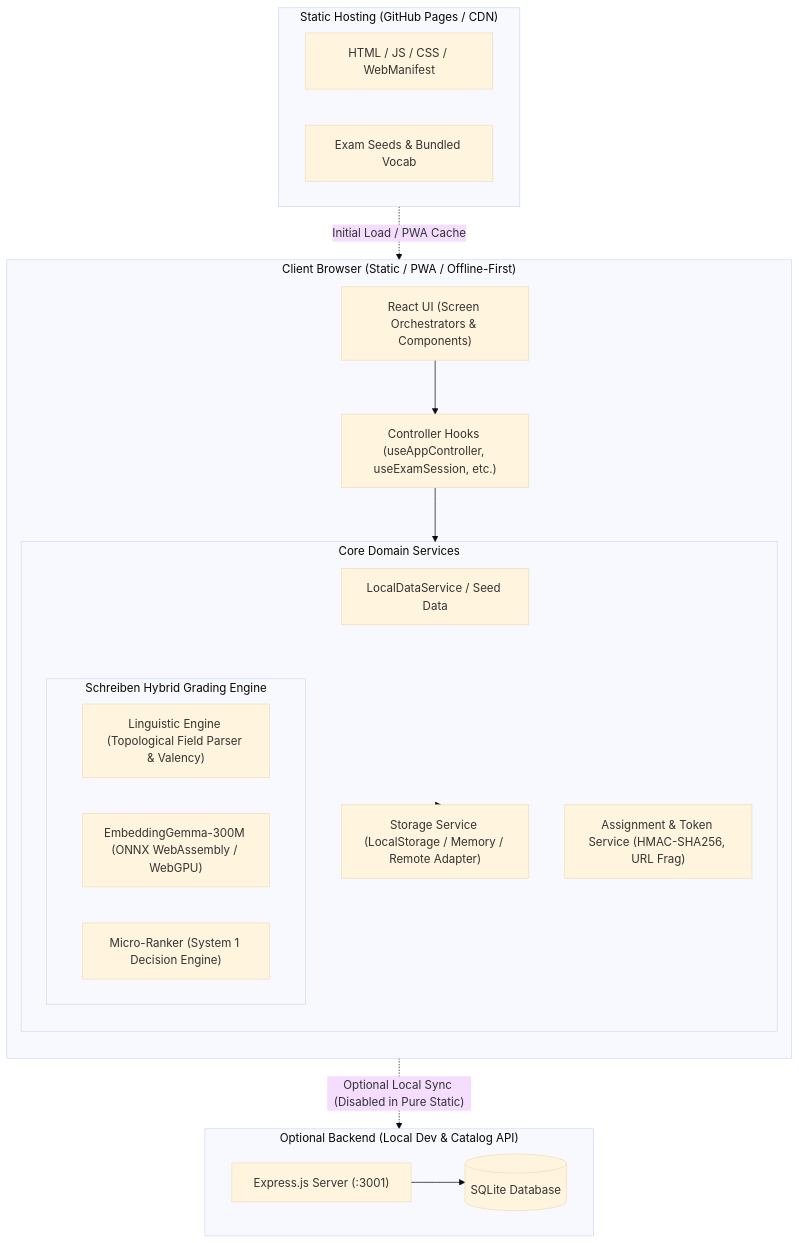
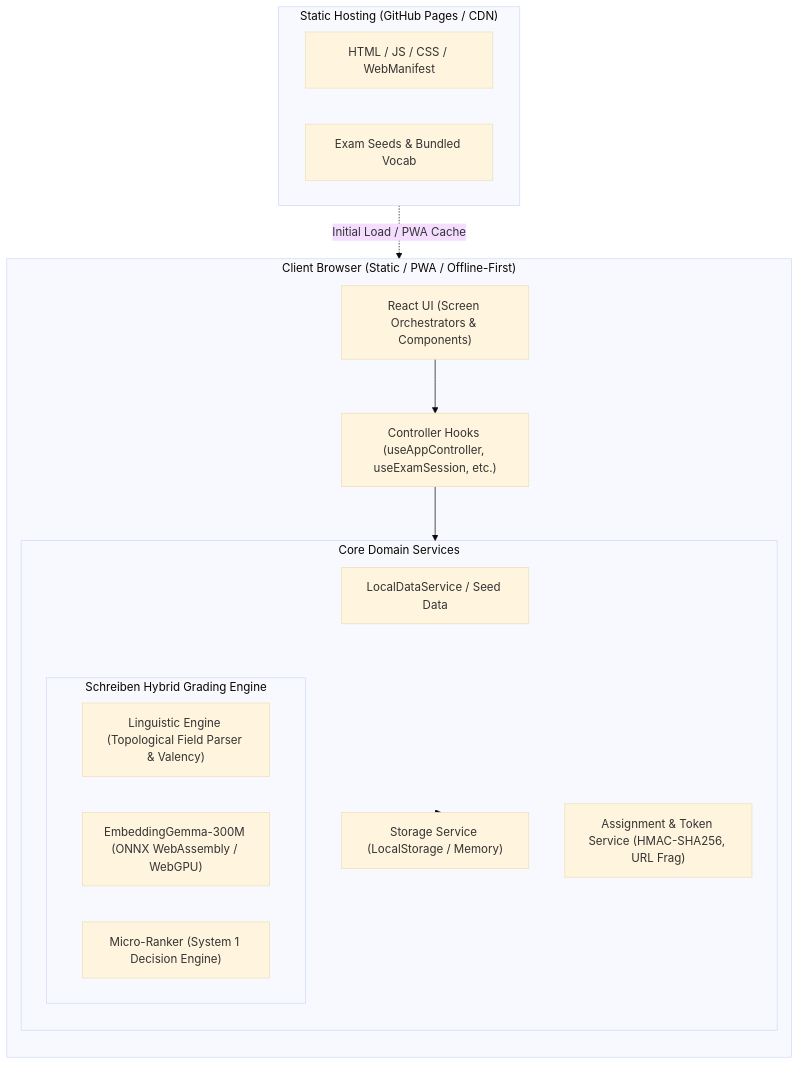
The first of 5 diagrams in ARCHITECTURE.md (soldrag/telcA1), drawn with Mermaid (base theme) before and after one commit. The commit also changed other lines of this file and 88 other files, not shown here.

````diff
--- a/ARCHITECTURE.md
+++ b/ARCHITECTURE.md
@@ -20,38 +20,31 @@
 ```mermaid
 flowchart TB
     subgraph Client["Client Browser (Static / PWA / Offline-First)"]
         direction TB
         UI["React UI (Screen Orchestrators & Components)"]
         Hooks["Controller Hooks (useAppController, useExamSession, etc.)"]
         
         subgraph Services["Core Domain Services"]
             ExamSvc["LocalDataService / Seed Data"]
-            StorageSvc["Storage Service (LocalStorage / Memory / Remote Adapter)"]
+            StorageSvc["Storage Service (LocalStorage / Memory)"]
             SecuritySvc["Assignment & Token Service (HMAC-SHA256, URL Frag)"]
             
             subgraph SchreibenEngine["Schreiben Hybrid Grading Engine"]
                 NLP["Linguistic Engine (Topological Field Parser & Valency)"]
                 Embeddings["EmbeddingGemma-300M (ONNX WebAssembly / WebGPU)"]
                 MicroRanker["Micro-Ranker (System 1 Decision Engine)"]
             end
         end
         
         UI --> Hooks
         Hooks --> Services
         Services --> StorageSvc
     end
 
     subgraph StaticHost["Static Hosting (GitHub Pages / CDN)"]
         StaticAssets["HTML / JS / CSS / WebManifest"]
         PrecachedSeeds["Exam Seeds & Bundled Vocab"]
     end
 
-    subgraph OptionalBackend["Optional Backend (Local Dev & Catalog API)"]
-        Express["Express.js Server (:3001)"]
-        SQLite[(SQLite Database)]
-        Express --> SQLite
-    end
-
     StaticHost -.->|"Initial Load / PWA Cache"| Client
-    Client -.->|"Optional Local Sync (Disabled in Pure Static)"| OptionalBackend
 ```
````
